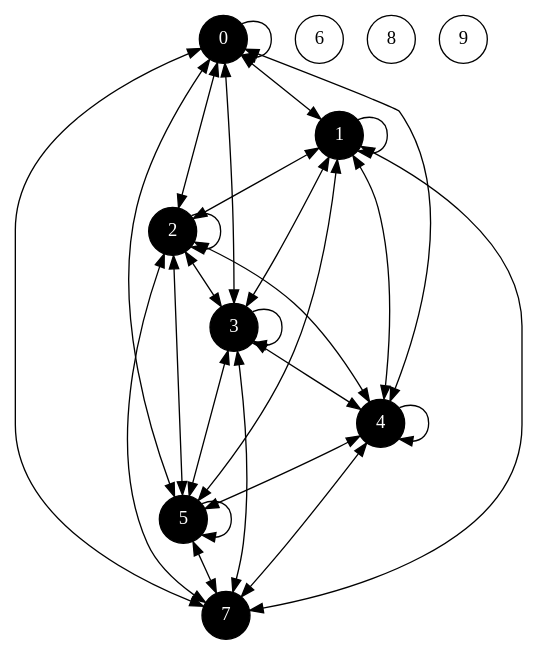
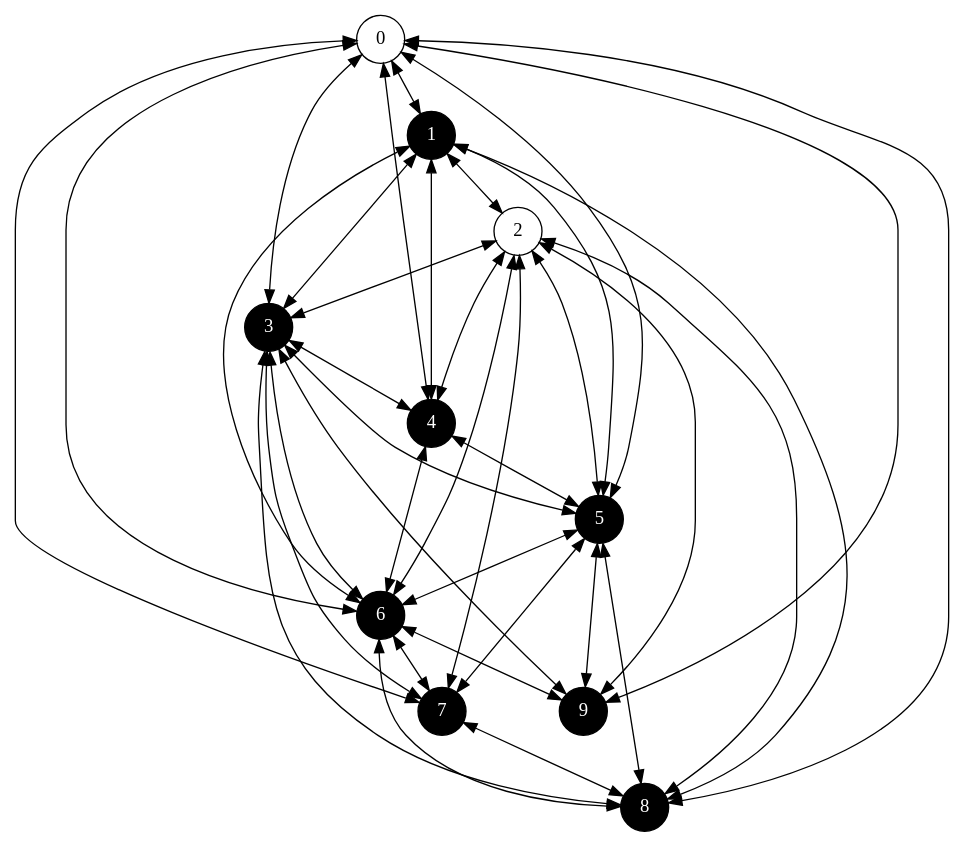
One commit to weiziyoung/VQA changed the diagram in original/toy/visualize_graph.gv. Above: the diagram before and after it, drawn with Graphviz. The commit also changed 8 other files, not shown here.

```diff
--- a/original/toy/visualize_graph.gv
+++ b/original/toy/visualize_graph.gv
@@ -1,39 +1,49 @@
 digraph Visualize_graph {
-	0 [fillcolor=black fontcolor=white shape=circle style=filled]
+	0 [fillcolor=white fontcolor=black shape=circle style=filled]
 	1 [fillcolor=black fontcolor=white shape=circle style=filled]
-	2 [fillcolor=black fontcolor=white shape=circle style=filled]
+	2 [fillcolor=white fontcolor=black shape=circle style=filled]
 	3 [fillcolor=black fontcolor=white shape=circle style=filled]
 	4 [fillcolor=black fontcolor=white shape=circle style=filled]
 	5 [fillcolor=black fontcolor=white shape=circle style=filled]
-	6 [fillcolor=white fontcolor=black shape=circle style=filled]
+	6 [fillcolor=black fontcolor=white shape=circle style=filled]
 	7 [fillcolor=black fontcolor=white shape=circle style=filled]
-	8 [fillcolor=white fontcolor=black shape=circle style=filled]
-	9 [fillcolor=white fontcolor=black shape=circle style=filled]
-	0 -> 0
+	8 [fillcolor=black fontcolor=white shape=circle style=filled]
+	9 [fillcolor=black fontcolor=white shape=circle style=filled]
 	0 -> 1 [dir=both]
-	0 -> 2 [dir=both]
 	0 -> 3 [dir=both]
 	0 -> 4 [dir=both]
 	0 -> 5 [dir=both]
+	0 -> 6 [dir=both]
 	0 -> 7 [dir=both]
-	1 -> 1
+	0 -> 8 [dir=both]
+	0 -> 9 [dir=both]
 	1 -> 2 [dir=both]
 	1 -> 3 [dir=both]
 	1 -> 4 [dir=both]
 	1 -> 5 [dir=both]
-	1 -> 7 [dir=both]
-	2 -> 2
+	1 -> 6 [dir=both]
+	1 -> 8 [dir=both]
 	2 -> 3 [dir=both]
 	2 -> 4 [dir=both]
 	2 -> 5 [dir=both]
+	2 -> 6 [dir=both]
 	2 -> 7 [dir=both]
-	3 -> 3
+	2 -> 8 [dir=both]
+	2 -> 9 [dir=both]
 	3 -> 4 [dir=both]
 	3 -> 5 [dir=both]
+	3 -> 6 [dir=both]
 	3 -> 7 [dir=both]
-	4 -> 4
+	3 -> 8 [dir=both]
+	3 -> 9 [dir=both]
 	4 -> 5 [dir=both]
-	4 -> 7 [dir=both]
-	5 -> 5
+	4 -> 6 [dir=both]
+	5 -> 6 [dir=both]
 	5 -> 7 [dir=both]
+	5 -> 8 [dir=both]
+	5 -> 9 [dir=both]
+	6 -> 7 [dir=both]
+	6 -> 8 [dir=both]
+	6 -> 9 [dir=both]
+	7 -> 8 [dir=both]
 }
```
